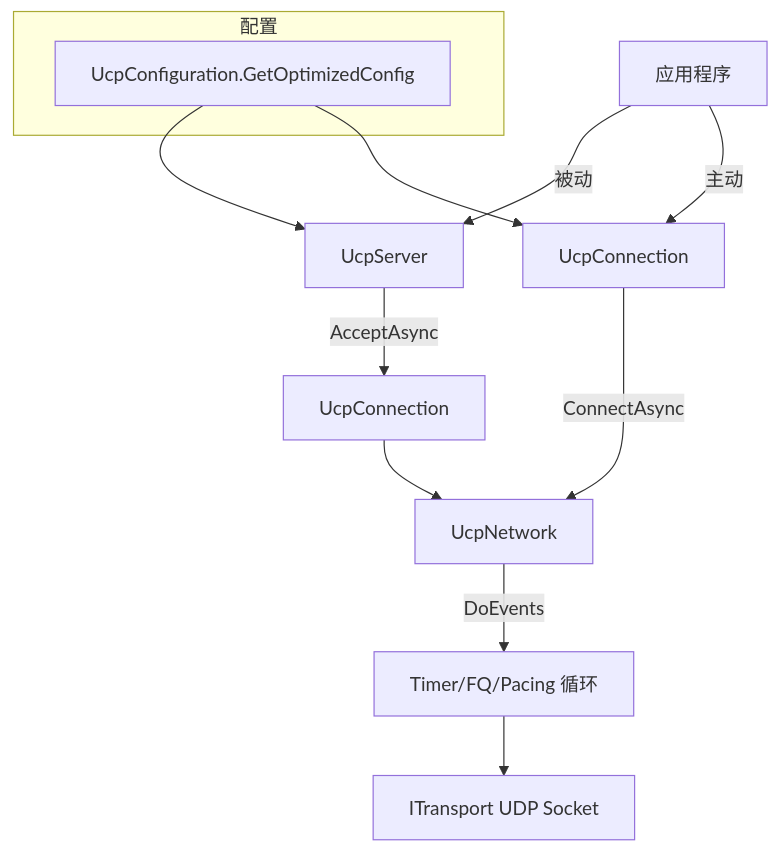
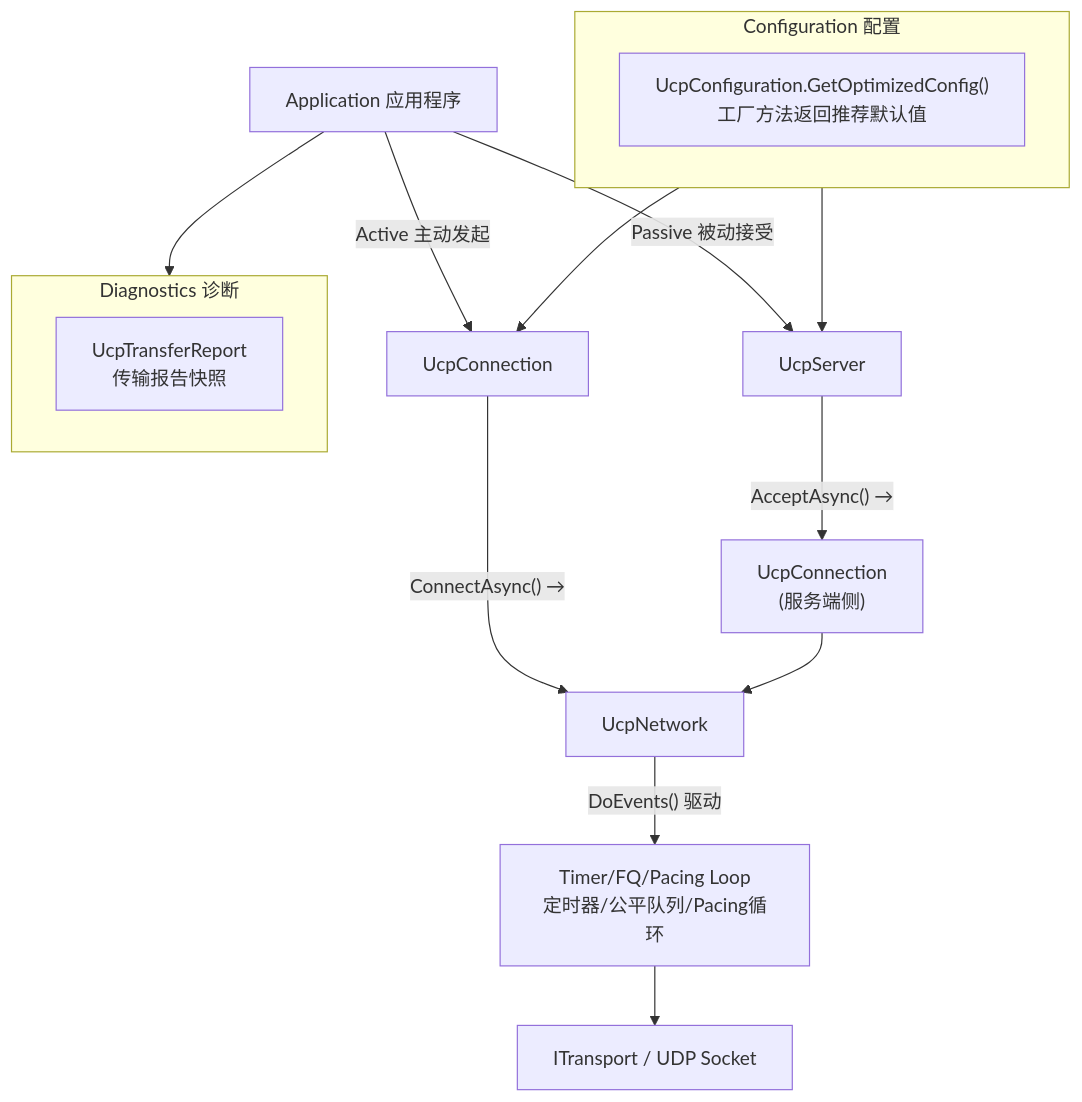
The first of 4 diagrams in docs/api_CN.md (liulilittle/ucp), drawn with Mermaid before and after one commit. The commit also changed other lines of this file and 43 other files, not shown here.

````diff
--- a/docs/api_CN.md
+++ b/docs/api_CN.md
@@ -13,17 +13,23 @@
 ```mermaid
 flowchart TD
-    App[应用程序] -->|被动| Server[UcpServer]
-    App -->|主动| Client[UcpConnection]
-    Server -->|AcceptAsync| ServerConn[UcpConnection]
-    Client -->|ConnectAsync| Net[UcpNetwork]
+    App["Application 应用程序"] -->|"Passive 被动接受"| Server["UcpServer"]
+    App -->|"Active 主动发起"| Client["UcpConnection"]
+    Server -->|"AcceptAsync() →"| ServerConn["UcpConnection<br/>(服务端侧)"]
+    Client -->|"ConnectAsync() →"| Net["UcpNetwork"]
     ServerConn --> Net
-    Net -->|DoEvents| Loop[Timer/FQ/Pacing 循环]
-    Loop --> Socket[ITransport UDP Socket]
-
-    subgraph Configuration[配置]
-        Config[UcpConfiguration.GetOptimizedConfig]
+    Net -->|"DoEvents() 驱动"| Loop["Timer/FQ/Pacing Loop<br/>定时器/公平队列/Pacing循环"]
+    Loop --> Socket["ITransport / UDP Socket"]
+    
+    subgraph Config["Configuration 配置"]
+        Factory["UcpConfiguration.GetOptimizedConfig()<br/>工厂方法返回推荐默认值"]
     end
-
+    
     Config --> Server
     Config --> Client
+    
+    subgraph Monitoring["Diagnostics 诊断"]
+        Report["UcpTransferReport<br/>传输报告快照"]
+    end
+    
+    App --> Monitoring
 ```
````
